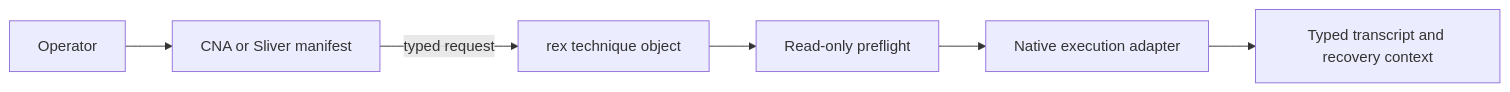
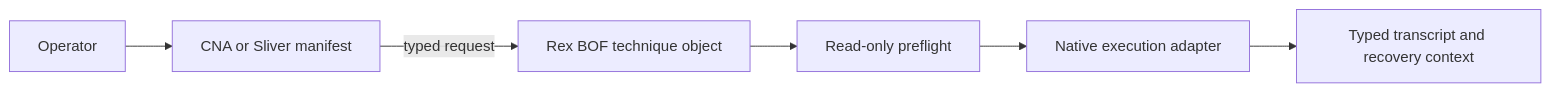
Before and after one commit to rubyattack3r/Rex-BOF: the diagram in docs/architecture.md, drawn with Mermaid. The commit also changed other lines of this file and 75 other files, not shown here.

````diff
--- a/docs/architecture.md
+++ b/docs/architecture.md
@@ -9,8 +8,8 @@
 ```mermaid
 flowchart LR
     O[Operator] --> I[CNA or Sliver manifest]
-    I -->|typed request| B[rex technique object]
+    I -->|typed request| B[Rex BOF technique object]
     B --> P[Read-only preflight]
     P --> E[Native execution adapter]
     E --> R[Typed transcript and recovery context]
 ```
````
